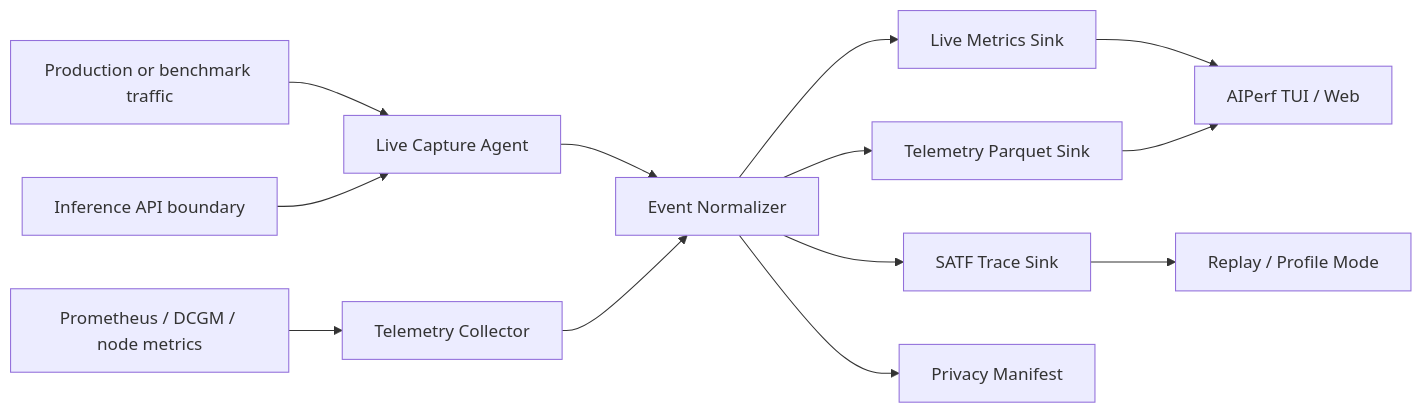
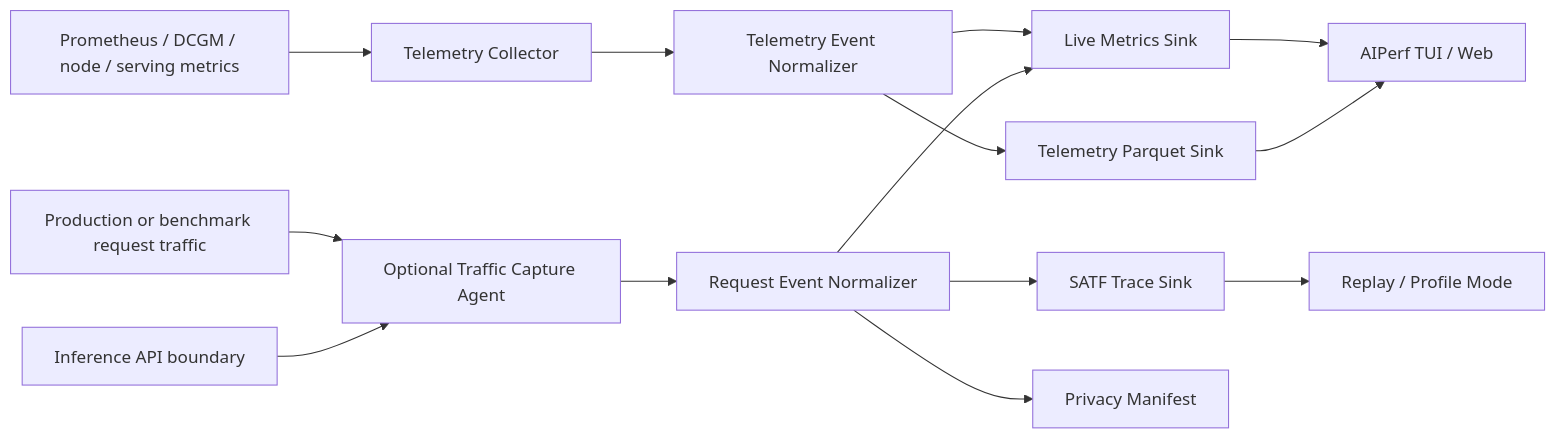
The diagram in deps/0016-live-aiperf.md (ai-dynamo/enhancements), drawn with Mermaid before and after one commit. The commit also changed other lines of this file, not shown here.

Commit message:
Separate telemetry and traffic capture boundaries

````diff
--- a/deps/0016-live-aiperf.md
+++ b/deps/0016-live-aiperf.md
@@ -228,18 +234,19 @@
 ```mermaid
 flowchart LR
-  A["Production or benchmark traffic"] --> B["Live Capture Agent"]
-  C["Inference API boundary"] --> B
-  D["Prometheus / DCGM / node metrics"] --> E["Telemetry Collector"]
+  A["Prometheus / DCGM / node / serving metrics"] --> B["Telemetry Collector"]
+  C["Production or benchmark request traffic"] --> D["Optional Traffic Capture Agent"]
+  E["Inference API boundary"] --> D
 
-  B --> F["Event Normalizer"]
-  E --> F
+  B --> F["Telemetry Event Normalizer"]
+  D --> G["Request Event Normalizer"]
 
-  F --> G["Live Metrics Sink"]
-  F --> H["SATF Trace Sink"]
+  F --> H["Live Metrics Sink"]
+  G --> H
   F --> I["Telemetry Parquet Sink"]
-  F --> J["Privacy Manifest"]
+  G --> J["SATF Trace Sink"]
+  G --> K["Privacy Manifest"]
 
-  G --> K["AIPerf TUI / Web"]
-  H --> L["Replay / Profile Mode"]
-  I --> K
+  H --> L["AIPerf TUI / Web"]
+  I --> L
+  J --> M["Replay / Profile Mode"]
 ```
````
